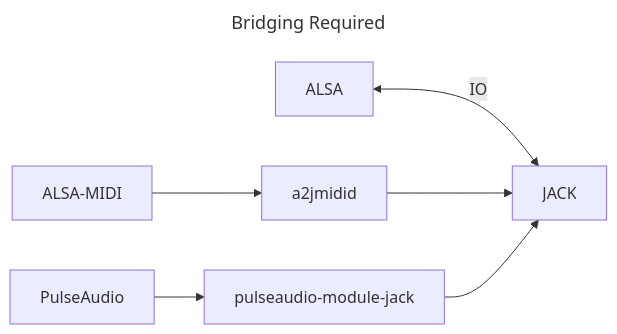
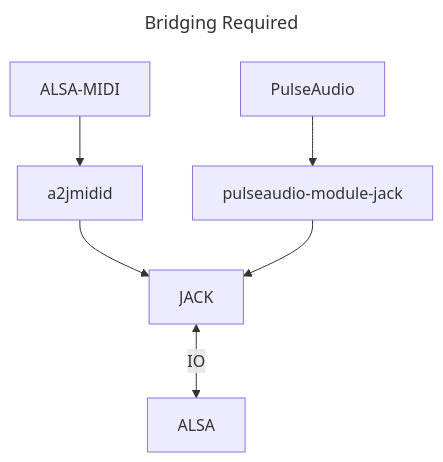
One commit to scottericpetersen/pro-audio-on-linux changed the second of 2 diagrams in README.md. Above: the diagram before and after it, drawn with Mermaid.

````diff
--- a/README.md
+++ b/README.md
@@ -133,10 +133,10 @@
 ```mermaid
 ---
 title: Bridging Required
 ---
-flowchart LR
-    ALSA <-- IO --> JACK
+flowchart TD
+    JACK <-- IO --> ALSA 
     ALSA-MIDI --> a2jmidid --> JACK
-    PulseAudio --> pulseaudio-module-jack --> JACK
+    PulseAudio --> pulseaudio-module-jack --> JACK   
     
 ```
````
